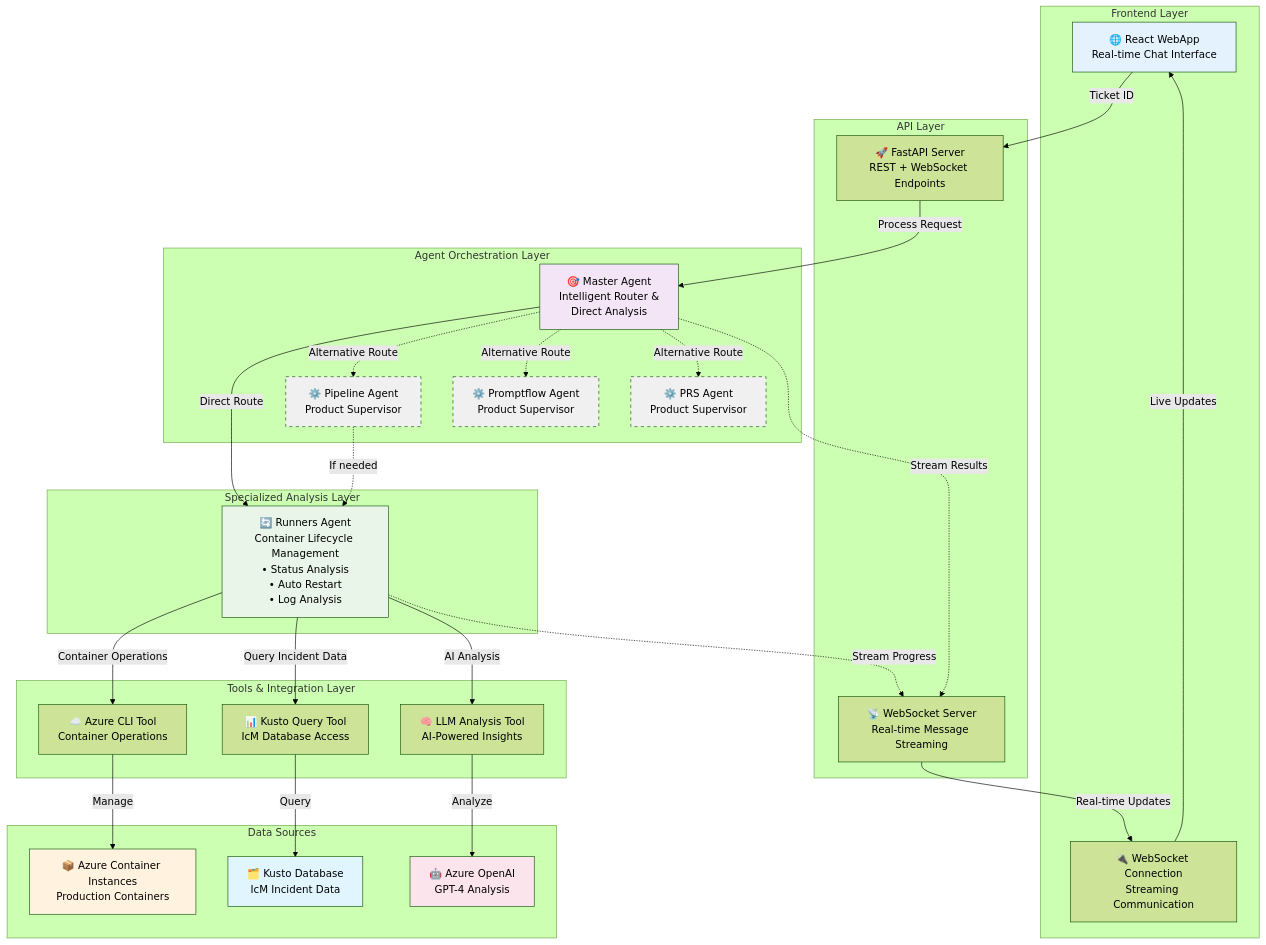
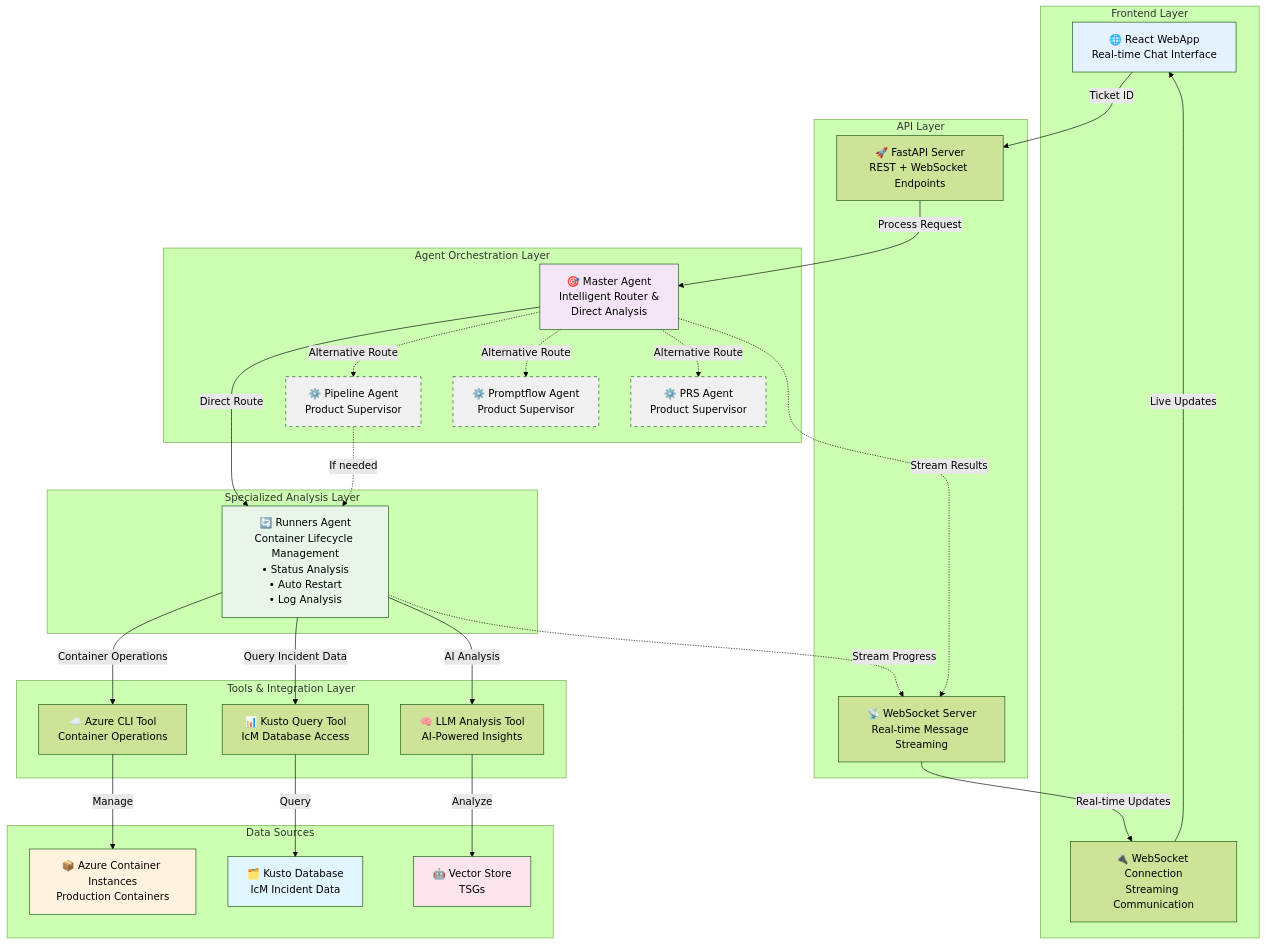
Before and after one commit to zxchen98/IcM-Multi-Agent: the second of 2 diagrams in README.md, drawn with Mermaid (forest theme). The commit also changed 30 other files, not shown here.

Commit message:
add vector store for tsgs

````diff
--- a/README.md
+++ b/README.md
@@ -150,73 +150,73 @@
 ```mermaid
 graph TB
     subgraph "Frontend Layer"
         UI[🌐 React WebApp<br/>Real-time Chat Interface]
         WS[🔌 WebSocket Connection<br/>Streaming Communication]
     end
     
     subgraph "API Layer"
         API[🚀 FastAPI Server<br/>REST + WebSocket Endpoints]
         WSS[📡 WebSocket Server<br/>Real-time Message Streaming]
     end
     
     subgraph "Agent Orchestration Layer"
         MA[🎯 Master Agent<br/>Intelligent Router &<br/>Direct Analysis]
         PA[⚙️ Pipeline Agent<br/>Product Supervisor<br/>]
         PRSA[⚙️ PRS Agent<br/>Product Supervisor<br/>]
         PFA[⚙️ Promptflow Agent<br/>Product Supervisor<br/>]
     end
     
     subgraph "Specialized Analysis Layer"
         RA[🔄 Runners Agent<br/>Container Lifecycle Management<br/>• Status Analysis<br/>• Auto Restart<br/>• Log Analysis]
     end
     
     subgraph "Tools & Integration Layer"
         ACT[☁️ Azure CLI Tool<br/>Container Operations]
         KQT[📊 Kusto Query Tool<br/>IcM Database Access]
         LAT[🧠 LLM Analysis Tool<br/>AI-Powered Insights]
     end
     
     subgraph "Data Sources"
         ACI[📦 Azure Container Instances<br/>Production Containers]
         KDB[🗂️ Kusto Database<br/>IcM Incident Data]
-        AOAI[🤖 Azure OpenAI<br/>GPT-4 Analysis]
+        VS[🤖 Vector Store<br/>TSGs]
     end
     
     %% User Flow - Direct routing
     UI -->|Ticket ID| API
     API -->|Process Request| MA
     MA -->|Direct Route| RA
     
     %% Pipeline Agent available but not in main flow
     MA -.->|Alternative Route| PA
     MA -.->|Alternative Route| PFA
     MA -.->|Alternative Route| PRSA
     PA -.->|If needed| RA
     
     %% Tool Integration
     RA -->|Container Operations| ACT
     RA -->|Query Incident Data| KQT
     RA -->|AI Analysis| LAT
     
     %% Data Access
     ACT -->|Manage| ACI
     KQT -->|Query| KDB
-    LAT -->|Analyze| AOAI
+    LAT -->|Analyze| VS
     
     %% Streaming Response
     RA -.->|Stream Progress| WSS
     MA -.->|Stream Results| WSS
     WSS -->|Real-time Updates| WS
     WS -->|Live Updates| UI
     
     %% Styling
     style UI fill:#e3f2fd
     style MA fill:#f3e5f5
     style RA fill:#e8f5e8
     style PA fill:#f0f0f0,stroke-dasharray: 5 5
     style PRSA fill:#f0f0f0,stroke-dasharray: 5 5
     style PFA fill:#f0f0f0,stroke-dasharray: 5 5
     style ACI fill:#fff3e0
     style KDB fill:#e1f5fe
-    style AOAI fill:#fce4ec
+    style VS fill:#fce4ec
 ```
````
